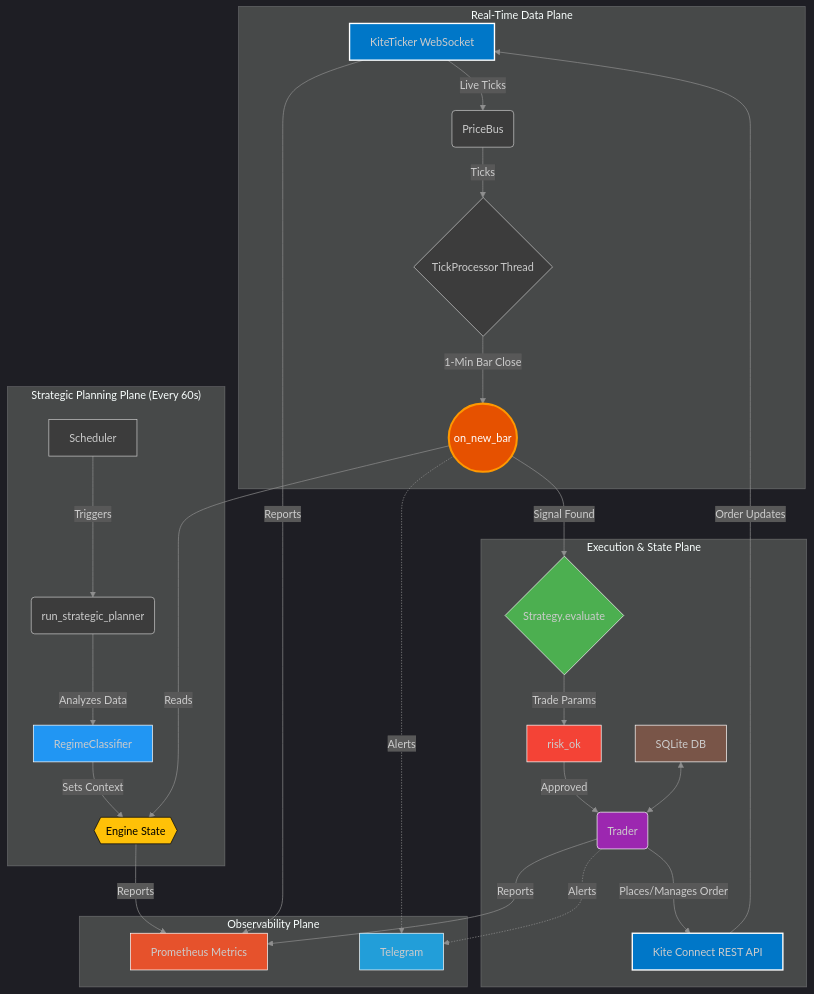
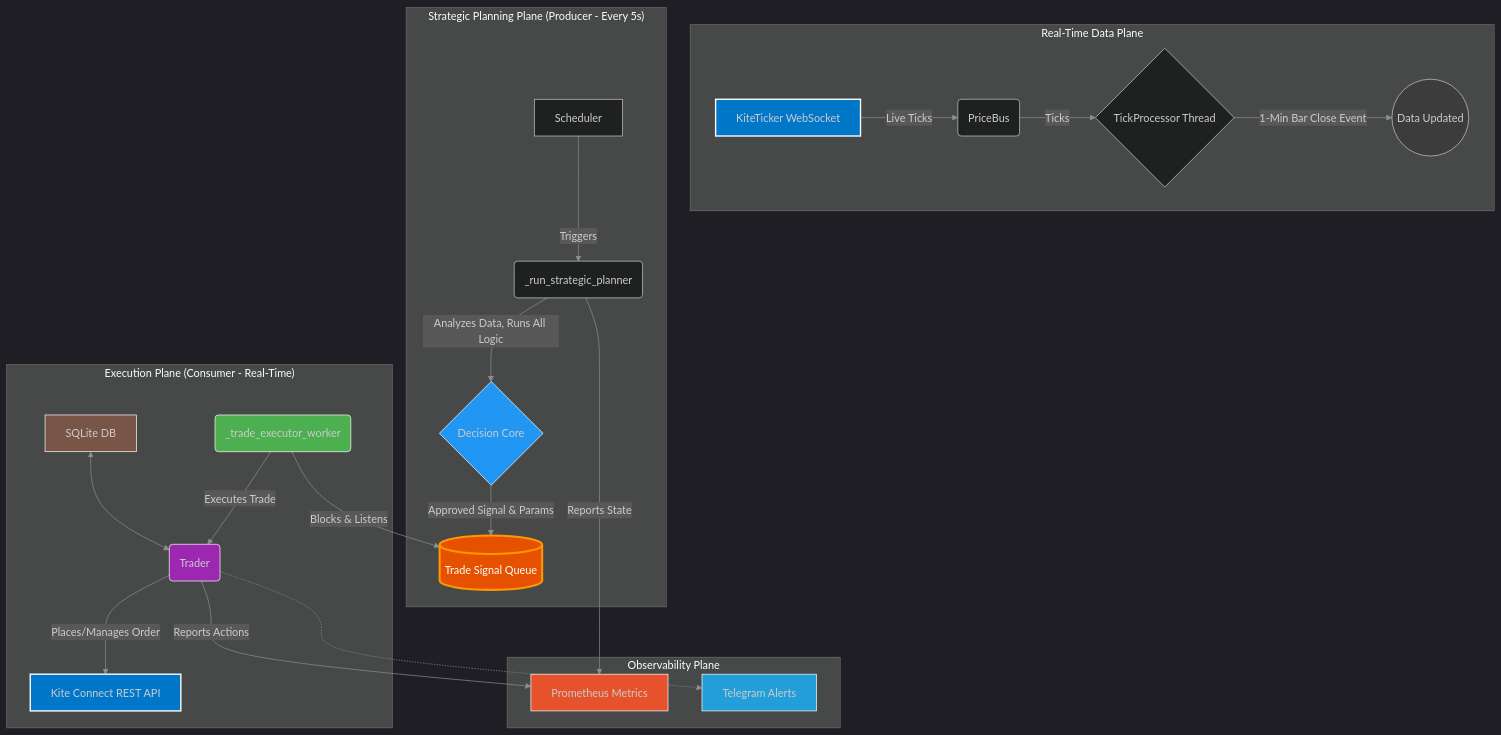
The diagram in README.md (sriramvarun0636/SentinelPrime), drawn with Mermaid before and after one commit. The commit also changed other lines of this file, not shown here.

````diff
--- a/README.md
+++ b/README.md
@@ -15,49 +15,41 @@
 ```mermaid
 %%{init: {'theme': 'dark', 'themeVariables': { 'primaryColor': '#1a1a1a', 'primaryTextColor': '#e6e6e6', 'lineColor': '#8f8f8f', 'secondaryColor': '#2a2a2a'}}}%%
 graph TD
     subgraph "Real-Time Data Plane"
         A[KiteTicker WebSocket] -->|Live Ticks| B(PriceBus);
         B -->|Ticks| C{TickProcessor Thread};
-        C -->|1-Min Bar Close| D((on_new_bar));
+        C -->|1-Min Bar Close Event| D((Data Updated));
     end
 
-    subgraph "Strategic Planning Plane (Every 60s)"
-        E[Scheduler] -->|Triggers| F(run_strategic_planner);
-        F -->|Analyzes Data| G[RegimeClassifier];
-        G -->|Sets Context| H{{Engine State}};
+    subgraph "Strategic Planning Plane (Producer - Every 5s)"
+        E[Scheduler] -->|Triggers| F(_run_strategic_planner);
+        F -->|Analyzes Data, Runs All Logic| G{Decision Core};
+        G -->|Approved Signal & Params| H[(Trade Signal Queue)];
     end
     
-    subgraph "Execution & State Plane"
-        D -- Reads --> H;
-        D -->|Signal Found| I{Strategy.evaluate};
-        I -->|Trade Params| J[risk_ok];
-        J -- Approved --> K(Trader);
-        K -->|Places/Manages Order| L[Kite Connect REST API];
-        L -->|Order Updates| A;
-        M[SQLite DB] <--> K;
+    subgraph "Execution Plane (Consumer - Real-Time)"
+        I(_trade_executor_worker) -- Blocks & Listens --> H;
+        I -->|Executes Trade| J(Trader);
+        J -->|Places/Manages Order| K[Kite Connect REST API];
+        L[SQLite DB] <--> J;
     end
 
     subgraph "Observability Plane"
-        H -- Reports --> N[Prometheus Metrics];
-        K -- Reports --> N;
-        A -- Reports --> N;
-        D -. Alerts .-> O[Telegram];
-        K -. Alerts .-> O;
+        M[Prometheus Metrics]
+        N[Telegram Alerts]
+        F -- Reports State --> M
+        J -- Reports Actions --> M
+        J -.-> N
     end
 
     style A fill:#0077c8,stroke:#fff,stroke-width:2px
-    style L fill:#0077c8,stroke:#fff,stroke-width:2px
-    style B fill:#3c3c3c,stroke:#ccc
-    style C fill:#3c3c3c,stroke:#ccc
-    style E fill:#3c3c3c,stroke:#ccc
-    style F fill:#3c3c3c,stroke:#ccc
-    style D fill:#e65100,stroke:#ff9800,stroke-width:3px,color:#fff
+    style K fill:#0077c8,stroke:#fff,stroke-width:2px
+    style D fill:#3c3c3c,stroke:#ccc
+    style G fill:#2196f3,stroke:#fff
+    style H fill:#e65100,stroke:#ff9800,stroke-width:3px,color:#fff
     style I fill:#4caf50,stroke:#fff
-    style J fill:#f44336,stroke:#fff
-    style K fill:#9c27b0,stroke:#fff
-    style G fill:#2196f3,stroke:#fff
-    style M fill:#795548,stroke:#fff
-    style H fill:#ffc107,stroke:#000,color:#000
-    style N fill:#e6522c,stroke:#fff
-    style O fill:#229ed9,stroke:#fff
+    style J fill:#9c27b0,stroke:#fff
+    style L fill:#795548,stroke:#fff
+    style M fill:#e6522c,stroke:#fff
+    style N fill:#229ed9,stroke:#fff
 ```
````
